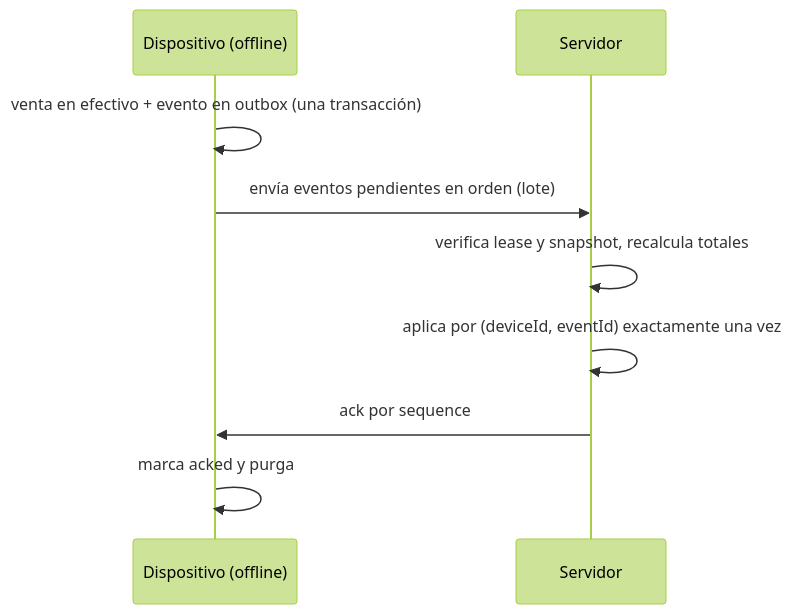
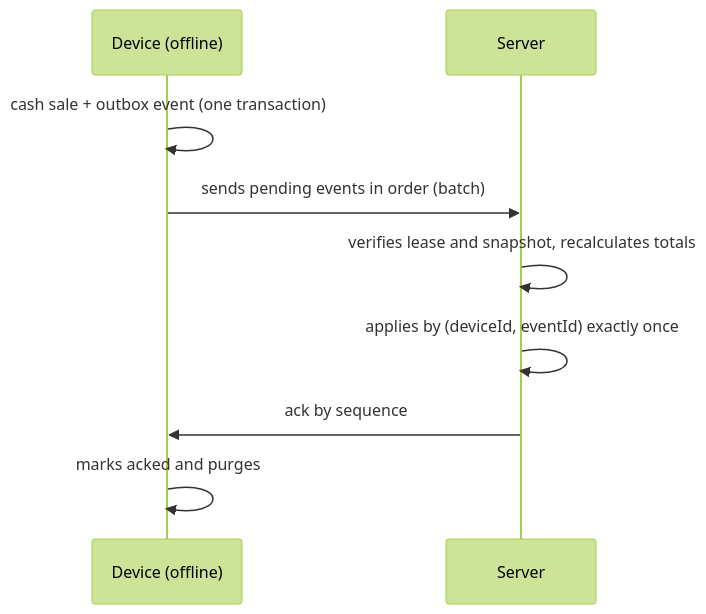
The diagram in docs/produccion/05-caja-offline-e-inventario.md (carlosgdelvalle/tienditapp), drawn with Mermaid (forest theme) before and after one commit. The commit also changed other lines of this file and 14 other files, not shown here.

````diff
--- a/docs/produccion/05-caja-offline-e-inventario.md
+++ b/docs/produccion/05-caja-offline-e-inventario.md
@@ -104,11 +104,11 @@
 ```mermaid
 sequenceDiagram
-    participant D as Dispositivo (offline)
-    participant S as Servidor
-    D->>D: venta en efectivo + evento en outbox (una transacción)
-    D->>S: envía eventos pendientes en orden (lote)
-    S->>S: verifica lease y snapshot, recalcula totales
-    S->>S: aplica por (deviceId, eventId) exactamente una vez
-    S->>D: ack por sequence
-    D->>D: marca acked y purga
+    participant D as Device (offline)
+    participant S as Server
+    D->>D: cash sale + outbox event (one transaction)
+    D->>S: sends pending events in order (batch)
+    S->>S: verifies lease and snapshot, recalculates totals
+    S->>S: applies by (deviceId, eventId) exactly once
+    S->>D: ack by sequence
+    D->>D: marks acked and purges
 ```
````
